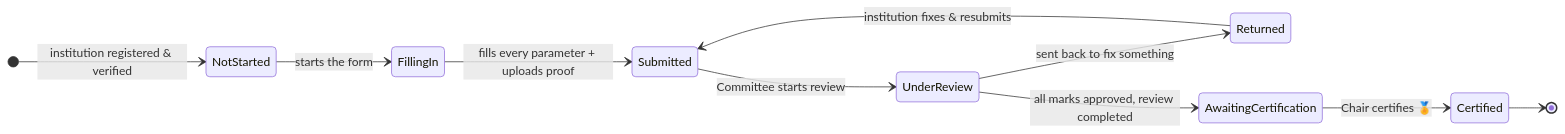
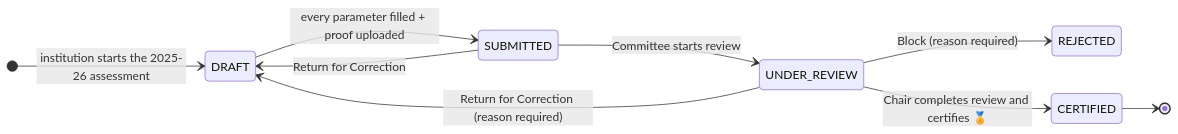
Before and after one commit to Shivansee987/NEP_HARYANA: the fourth of 7 diagrams in README.md, drawn with Mermaid. The commit also changed other lines of this file and 3 other files, not shown here.

````diff
--- a/README.md
+++ b/README.md
@@ -140,13 +180,12 @@
 ```mermaid
 stateDiagram-v2
     direction LR
-    [*] --> NotStarted: institution registered & verified
-    NotStarted --> FillingIn: starts the form
-    FillingIn --> Submitted: fills every parameter + uploads proof
-    Submitted --> UnderReview: Committee starts review
-    UnderReview --> Returned: sent back to fix something
-    Returned --> Submitted: institution fixes & resubmits
-    UnderReview --> AwaitingCertification: all marks approved, review completed
-    AwaitingCertification --> Certified: Chair certifies 🏅
-    Certified --> [*]
+    [*] --> DRAFT: institution starts the 2025-26 assessment
+    DRAFT --> SUBMITTED: every parameter filled + proof uploaded
+    SUBMITTED --> UNDER_REVIEW: Committee starts review
+    SUBMITTED --> DRAFT: Return for Correction
+    UNDER_REVIEW --> DRAFT: Return for Correction (reason required)
+    UNDER_REVIEW --> REJECTED: Block (reason required)
+    UNDER_REVIEW --> CERTIFIED: Chair completes review and certifies 🏅
+    CERTIFIED --> [*]
 ```
````
